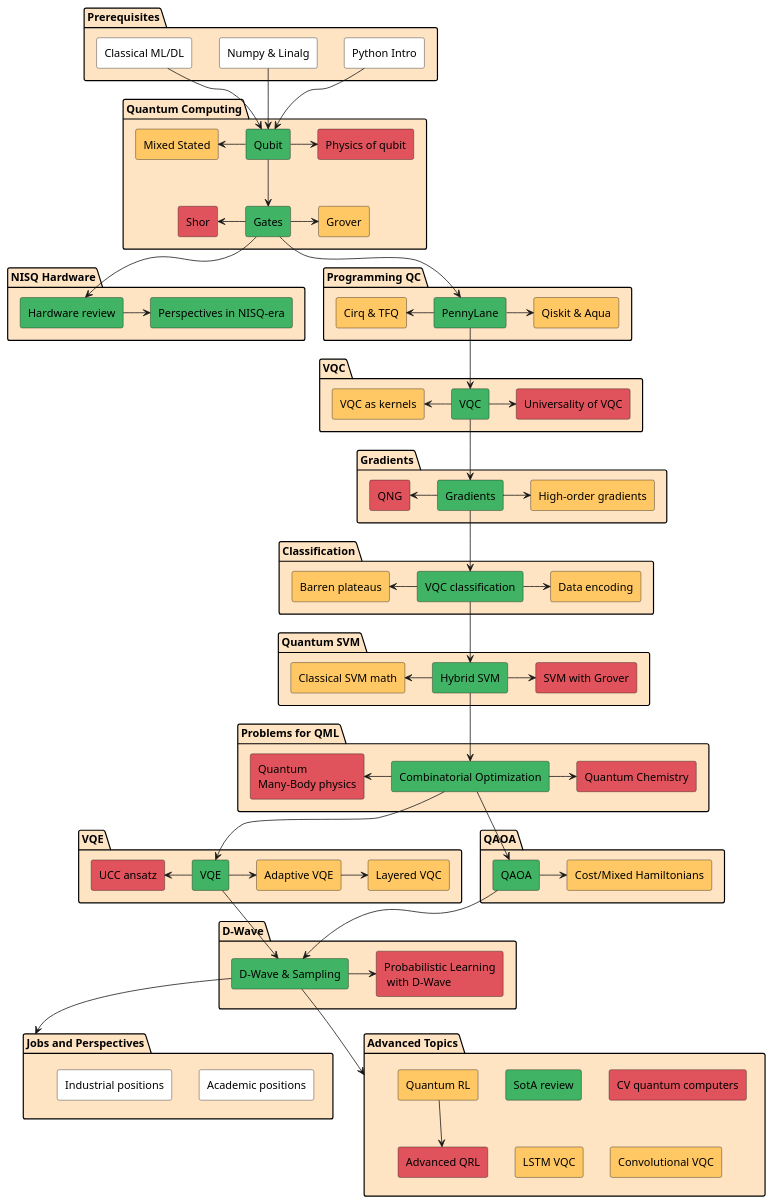
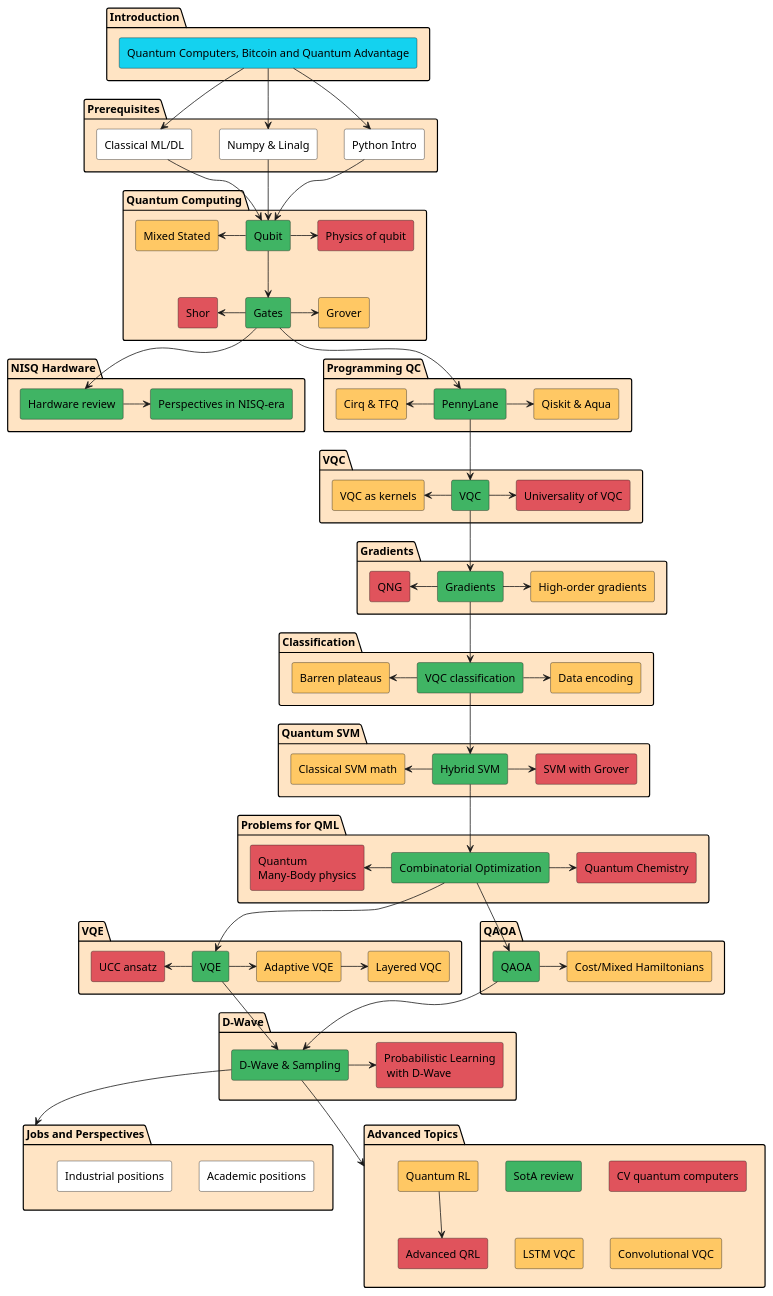
The diagram in qmlcourseRU/_static/index/program.plantuml (quantum-ods/qmlcourse), drawn with PlantUML before and after one commit. The commit also changed 11 other files, not shown here.

```diff
--- a/qmlcourseRU/_static/index/program.plantuml
+++ b/qmlcourseRU/_static/index/program.plantuml
@@ -1,144 +1,151 @@
 @startuml
+package "Introduction" #Bisque {
+        rectangle "Quantum Computers, Bitcoin and Quantum Advantage" as intro1 #14D2EF
+}
+
 package "Prerequisites" #Bisque {
         rectangle "Python Intro" as python #White
         rectangle "Numpy & Linalg" as numpy #White
         rectangle "Classical ML/DL" as ml #White
 }
 
 package "Quantum Computing" as qci #Bisque {
         rectangle "Qubit" as qubit #40B464
         rectangle "Gates" as gates #40B464
         rectangle "Physics of qubit" as physq #E0535C
         rectangle "Mixed Stated" as mixed #FFC864
         rectangle "Grover" as grover #FFC864
         rectangle "Shor" as shor #E0535C
 }
 
 package "NISQ Hardware" #Bisque {
         rectangle "Hardware review" as review #40B464
         rectangle "Perspectives in NISQ-era" as nisq #40B464
 }
 
 package "Programming QC" #Bisque {
         rectangle "PennyLane" as pennylane #40B464
         rectangle "Qiskit & Aqua" as qiskit #FFC864
         rectangle "Cirq & TFQ" as cirq #FFC864
 }
 
 package "VQC" #Bisque {
         rectangle "VQC" as vqc #40B464
         rectangle "VQC as kernels" as kernelvqc #FFC864
         rectangle "Universality of VQC" as univvqc #E0535C
 }
 
 package "Gradients" #Bisque {
         rectangle "Gradients" as grad #40B464
         rectangle "High-order gradients" as hograd #FFC864
         rectangle "QNG" as qng #E0535C
 }
 
 package "Classification" #Bisque {
         rectangle "VQC classification" as vqcc #40B464
         rectangle "Barren plateaus" as barren #FFC864
         rectangle "Data encoding" as encoding #FFC864
 }
 
 package "Quantum SVM" #Bisque {
         rectangle "Hybrid SVM" as hsvm #40B464
         rectangle "Classical SVM math" as csvm #FFC864
         rectangle "SVM with Grover" as gsvm #E0535C
 }
 
 package "Problems for QML" #Bisque {
         rectangle "Combinatorial Optimization" as copt #40B464
         rectangle "Quantum\nMany-Body physics" as qmbp #E0535C
         rectangle "Quantum Chemistry" as qchem #E0535C
 }
 
 package "VQE" #Bisque {
         rectangle "VQE" as vqe #40B464
         rectangle "Adaptive VQE" as avqe #FFC864
         rectangle "Layered VQC" as lvqe #FFC864
         rectangle "UCC ansatz" as uuc #E0535C
 }
 
 package "QAOA" #Bisque {
         rectangle "QAOA" as qaoa #40B464
         rectangle "Cost/Mixed Hamiltonians" as hams #FFC864
 }
 
 package "D-Wave" #Bisque {
         rectangle "D-Wave & Sampling" as dwave #40B464
         rectangle "Probabilistic Learning\n with D-Wave" as probml #E0535C
 }
 
 package "Jobs and Perspectives" as jobs #Bisque {
         rectangle "Academic positions" as academic #White
         rectangle "Industrial positions" as industrial #White
 }
 
 package "Advanced Topics" as adv #Bisque {
         rectangle "SotA review" as sota #40B464
         rectangle "Quantum RL" as qrl #FFC864
         rectangle "Advanced QRL" as aqrl #E0535C
         rectangle "CV quantum computers" as svqc #E0535C
         rectangle "LSTM VQC" as lstm #FFC864
         rectangle "Convolutional VQC" as convvqc #FFC864
 }
 
+intro1 --> python
+intro1 --> numpy
+intro1 --> ml
 
 python --> qubit
 numpy --> qubit
 ml --> qubit
 
 qubit --> gates
 qubit -> physq
 mixed <- qubit
 gates -> grover
 shor <- gates
 
 gates --> review
 review -> nisq
 
 gates --> pennylane
 cirq <- pennylane
 pennylane -> qiskit
 
 pennylane --> vqc
 kernelvqc <- vqc
 vqc -> univvqc
 
 vqc --> grad
 qng <- grad
 grad -> hograd
 
 grad --> vqcc
 barren <- vqcc
 vqcc -> encoding
 
 vqcc --> hsvm
 csvm <- hsvm
 hsvm -> gsvm
 
 hsvm --> copt
 qmbp <- copt
 copt -> qchem
 
 copt --> vqe
 uuc <- vqe
 vqe -> avqe
 avqe -> lvqe
 
 copt --> qaoa
 qaoa -> hams
 
 qaoa --> dwave
 vqe --> dwave
 dwave -> probml
 
 dwave --> jobs
 
 dwave -->adv
 qrl --> aqrl
 
 @enduml
```
